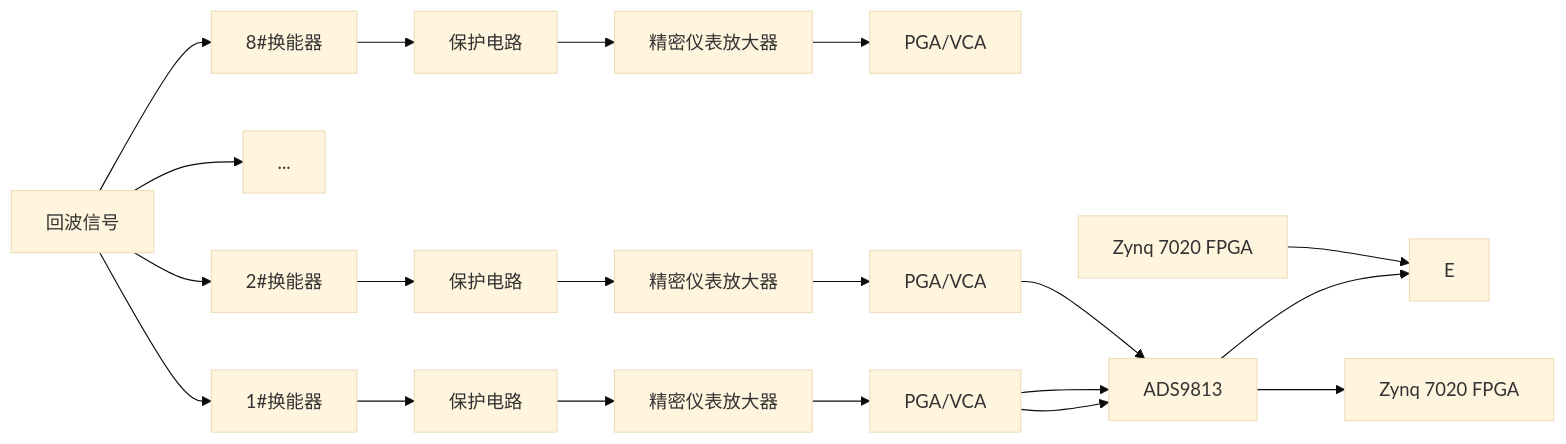
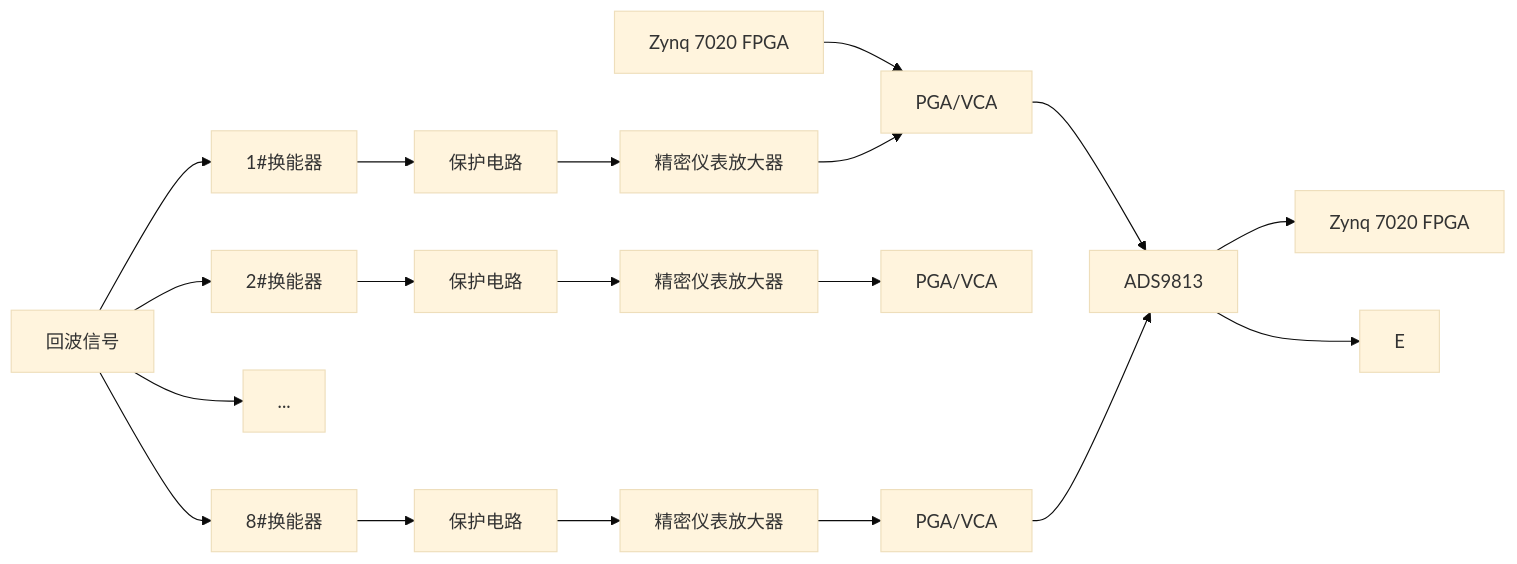
One commit to Rukawa15/iodraw-files changed the diagram in all/多通道同步采集-1.md. Above: the diagram before and after it, drawn with Mermaid (base theme).

Commit message:
2025-06-19 14:11:17 update

````diff
--- a/all/多通道同步采集-1.md
+++ b/all/多通道同步采集-1.md
@@ -1,24 +1,23 @@
 ```mermaid
 graph LR
 A[回波信号]
 A --> B1[1#换能器]
 A --> B2[2#换能器]
 A --> ...
 A --> B8[8#换能器]
 B1 --> C1[保护电路]
 B2 --> C2[保护电路]
 B8 --> C8[保护电路]
-H[Zynq 7020 FPGA] --> E
+H[Zynq 7020 FPGA] --> E1
 C1 --> D1[精密仪表放大器]
 C2 --> D2[精密仪表放大器] 
 C8 --> D8[精密仪表放大器] 
 D1 --> E1[PGA/VCA]
 D2 --> E2[PGA/VCA] 
 D8 --> E8[PGA/VCA] 
 E1 --> F[ADS9813]
-E2 --> F[ADS9813] 
-E1 --> F[ADS9813] 
+E8 --> F[ADS9813] 
 F --> G[Zynq 7020 FPGA]
 F --> E
 
 ```
````
